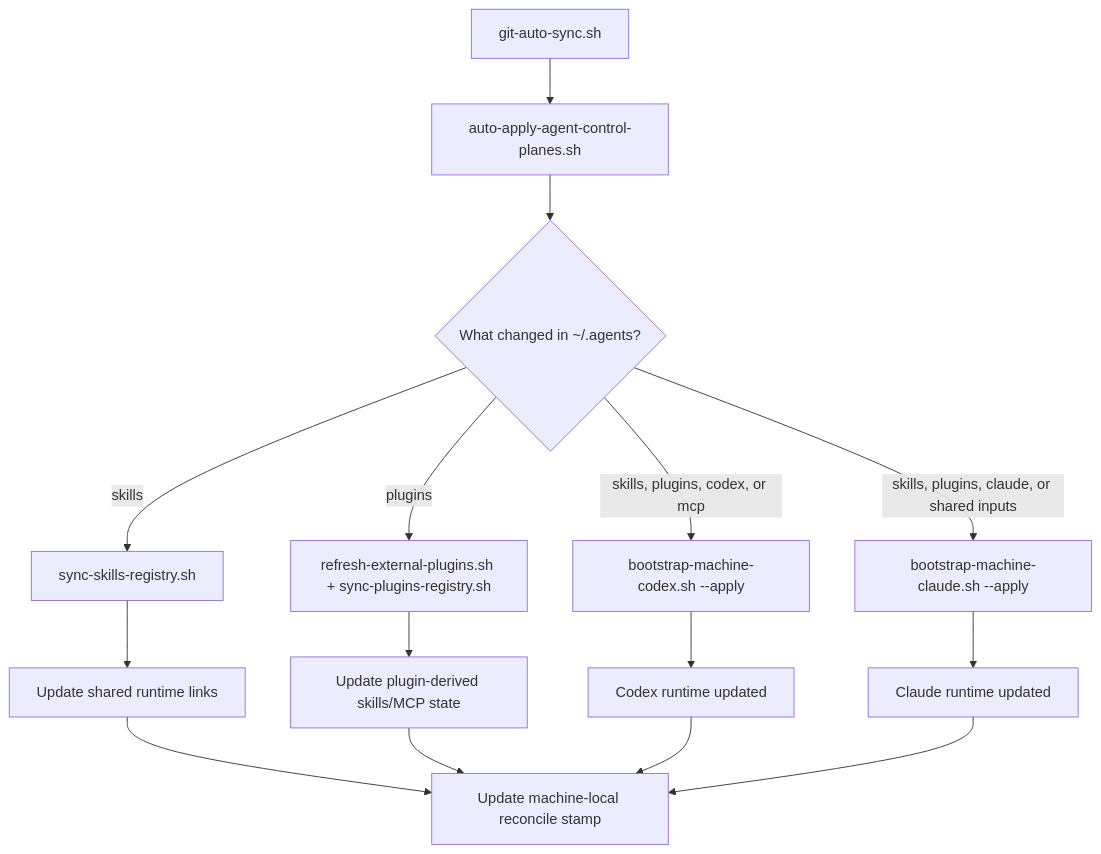
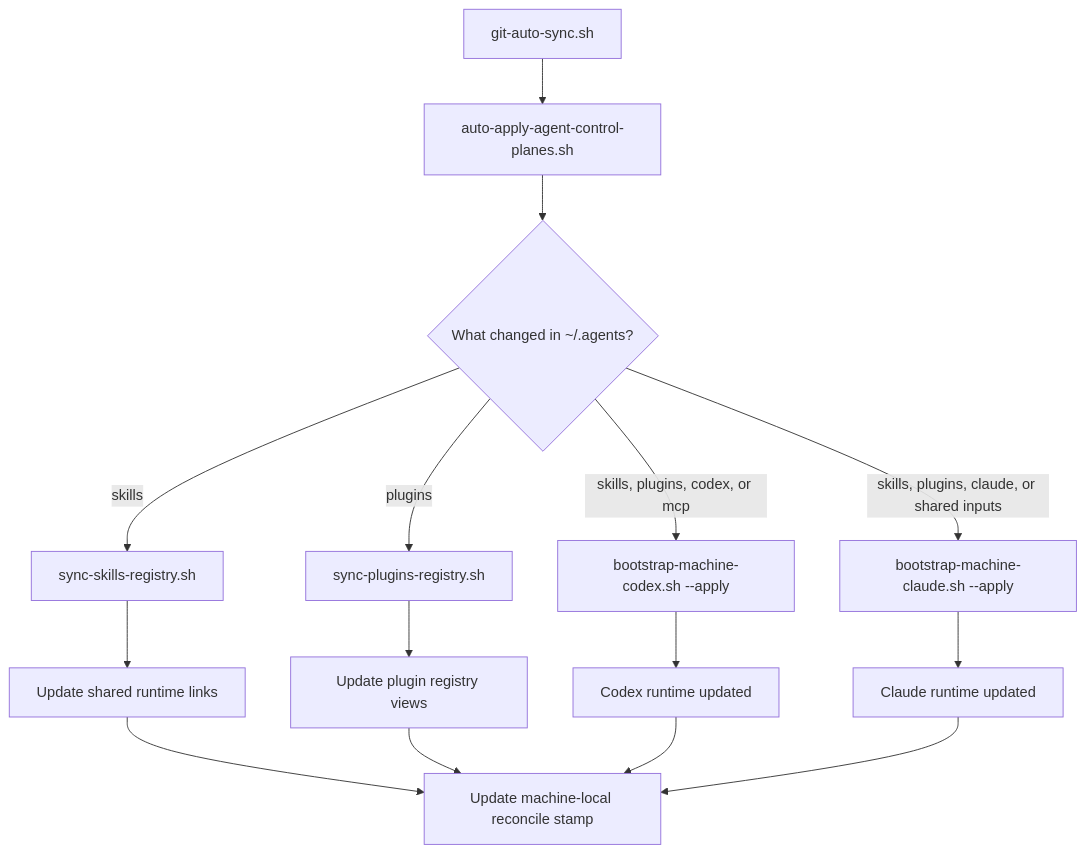
One commit to wisdom-in-a-nutshell/.agents changed the second of 6 diagrams in docs/architecture/codex-control-plane-script-flows.md. Above: the diagram before and after it, drawn with Mermaid. The commit also changed other lines of this file and 46 other files, not shown here.

````diff
--- a/docs/architecture/codex-control-plane-script-flows.md
+++ b/docs/architecture/codex-control-plane-script-flows.md
@@ -70,17 +67,17 @@
 ```mermaid
 flowchart TD
     A[git-auto-sync.sh] --> B[auto-apply-agent-control-planes.sh]
     B --> C{What changed in ~/.agents?}
     C -->|skills| D[sync-skills-registry.sh]
-    C -->|plugins| P[refresh-external-plugins.sh + sync-plugins-registry.sh]
+    C -->|plugins| P[sync-plugins-registry.sh]
     C -->|skills, plugins, codex, or mcp| E[bootstrap-machine-codex.sh --apply]
     C -->|skills, plugins, claude, or shared inputs| F[bootstrap-machine-claude.sh --apply]
     D --> G[Update shared runtime links]
-    P --> G2[Update plugin-derived skills/MCP state]
+    P --> G2[Update plugin registry views]
     E --> H[Codex runtime updated]
     F --> I[Claude runtime updated]
     G --> J[Update machine-local reconcile stamp]
     G2 --> J
     H --> J
     I --> J
 ```
````
